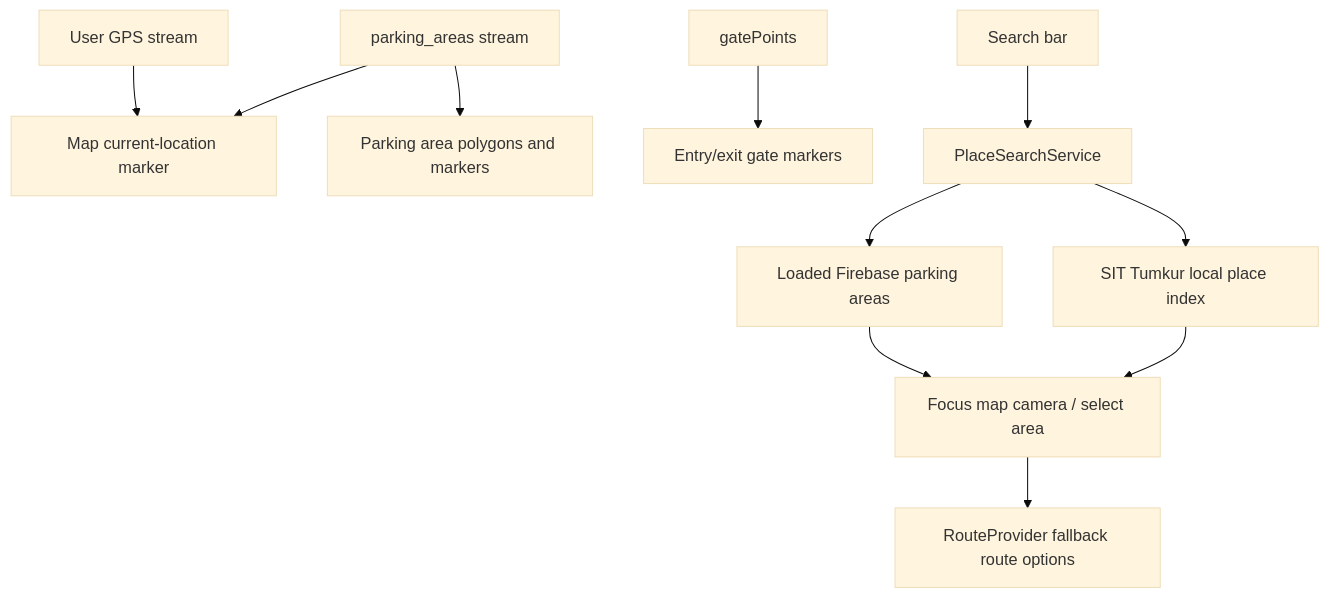
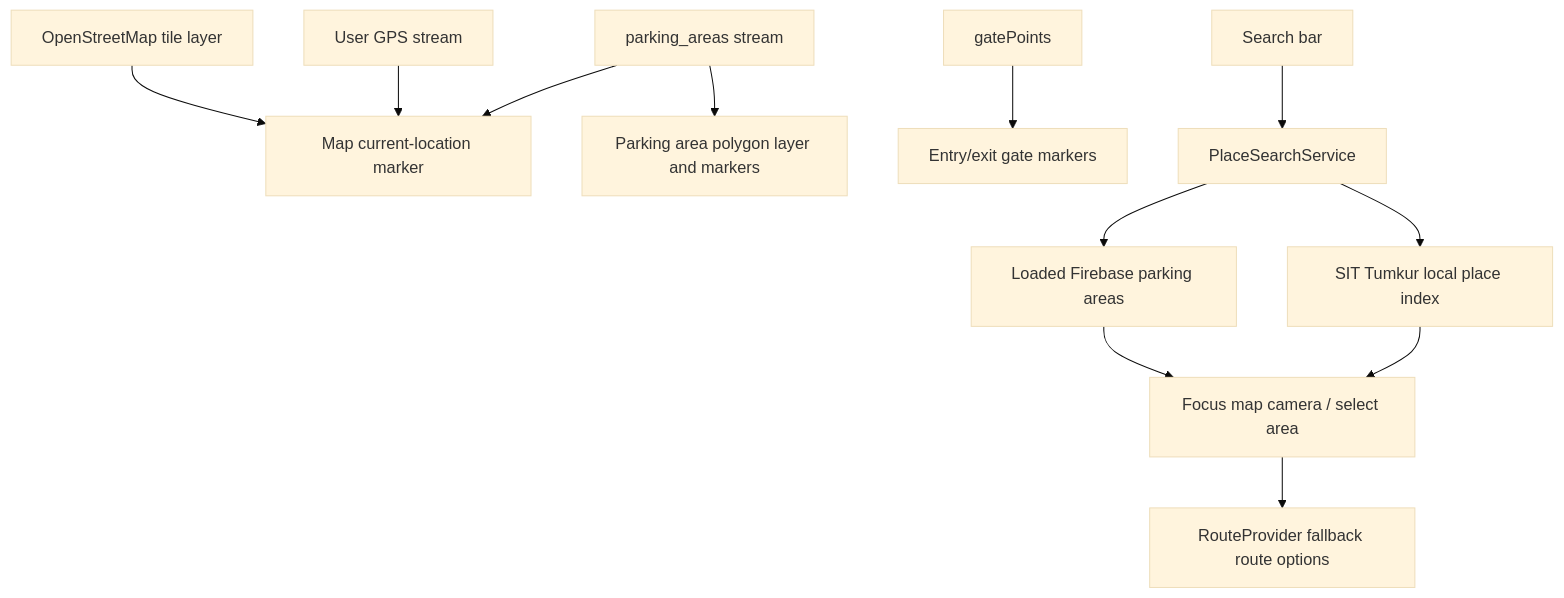
One commit to snehil-pandey/smart-parking-occupancy-system changed the fourth of 14 diagrams in docs/ARCHITECTURE.md. Above: the diagram before and after it, drawn with Mermaid (base theme). The commit also changed other lines of this file and 9 other files, not shown here.

````diff
--- a/docs/ARCHITECTURE.md
+++ b/docs/ARCHITECTURE.md
@@ -62,13 +64,14 @@
 ```mermaid
 flowchart TD
+  OSM["OpenStreetMap tile layer"] --> MapState["flutter_map camera"]
   GPS["User GPS stream"] --> MapState["Map current-location marker"]
   Areas["parking_areas stream"] --> MapState
-  Areas --> Polygons["Parking area polygons and markers"]
+  Areas --> Polygons["Parking area polygon layer and markers"]
   Gates["gatePoints"] --> GateMarkers["Entry/exit gate markers"]
   SearchBox["Search bar"] --> SearchService["PlaceSearchService"]
   SearchService --> LocalPlaces["SIT Tumkur local place index"]
   SearchService --> AreaSearch["Loaded Firebase parking areas"]
   AreaSearch --> Focus["Focus map camera / select area"]
   LocalPlaces --> Focus
   Focus --> Routes["RouteProvider fallback route options"]
 ```
````
